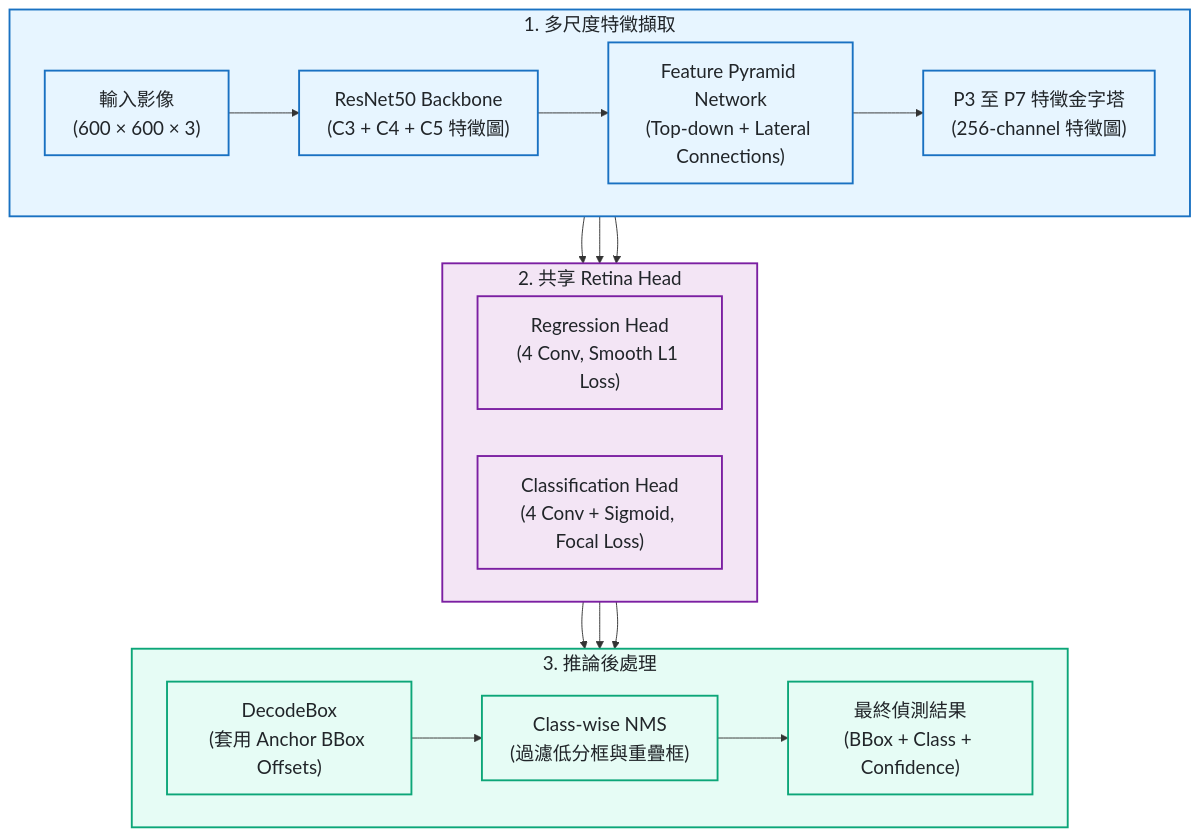
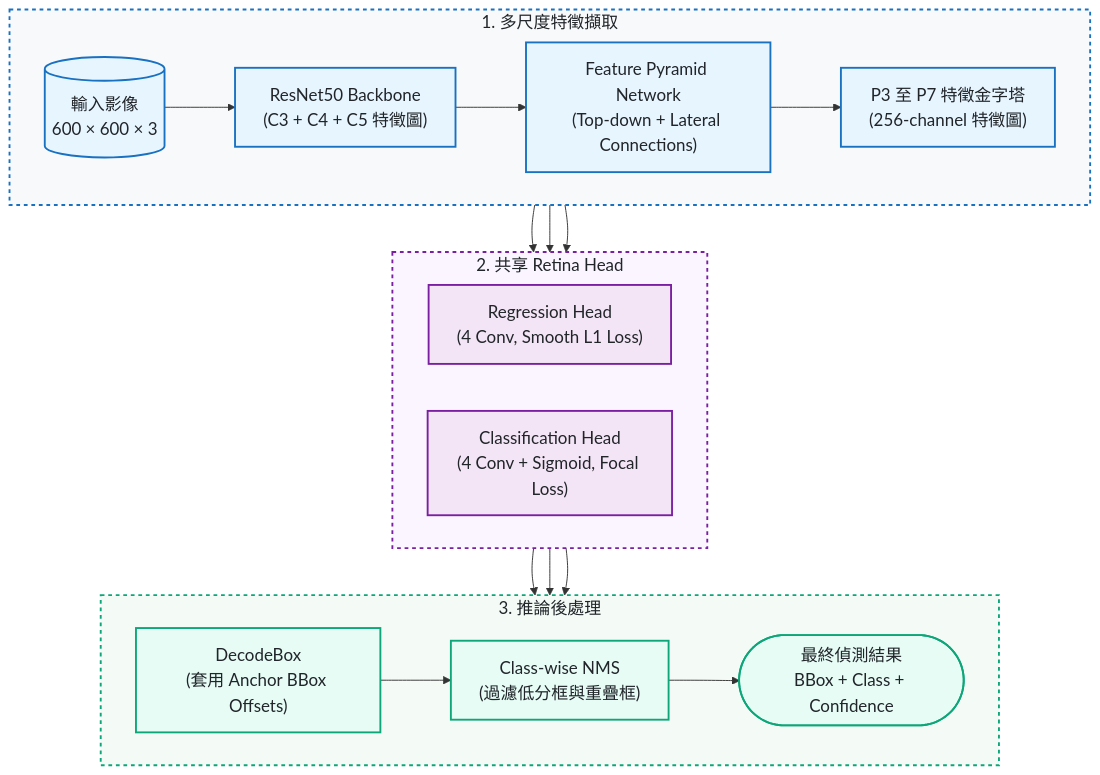
One commit to kuotunyu/retinanet-face-mask-detection changed the second of 2 diagrams in README.md. Above: the diagram before and after it, drawn with Mermaid. The commit also changed other lines of this file, not shown here.

Commit message:
docs: apply high-end visual enhancements to flowcharts (card containers, semantic shapes, Morandi palette)

````diff
--- a/README.md
+++ b/README.md
@@ -62,28 +66,32 @@
 ```mermaid
-%%{init: {'themeVariables': {'fontSize': '20px'}}}%%
+%%{init: {'themeVariables': {'fontSize': '18px'}}}%%
 flowchart TD
     subgraph Features ["1. 多尺度特徵擷取"]
         direction LR
-        Input["輸入影像<br/>(600 × 600 × 3)"] --> Backbone["ResNet50 Backbone<br/>(C3 + C4 + C5 特徵圖)"] --> FPN["Feature Pyramid Network<br/>(Top-down + Lateral Connections)"] --> Pyramid["P3 至 P7 特徵金字塔<br/>(256-channel 特徵圖)"]
+        Input[("輸入影像<br/>600 × 600 × 3")] --> Backbone["ResNet50 Backbone<br/>(C3 + C4 + C5 特徵圖)"] --> FPN["Feature Pyramid Network<br/>(Top-down + Lateral Connections)"] --> Pyramid["P3 至 P7 特徵金字塔<br/>(256-channel 特徵圖)"]
     end
 
     subgraph Heads ["2. 共享 Retina Head"]
         direction LR
         Pyramid --> Regression["Regression Head<br/>(4 Conv, Smooth L1 Loss)"] & Classification["Classification Head<br/>(4 Conv + Sigmoid, Focal Loss)"]
     end
 
     subgraph Postprocess ["3. 推論後處理"]
         direction LR
-        Regression & Classification --> Decode["DecodeBox<br/>(套用 Anchor BBox Offsets)"] --> NMS["Class-wise NMS<br/>(過濾低分框與重疊框)"] --> Output["最終偵測結果<br/>(BBox + Class + Confidence)"]
+        Regression & Classification --> Decode["DecodeBox<br/>(套用 Anchor BBox Offsets)"] --> NMS["Class-wise NMS<br/>(過濾低分框與重疊框)"] --> Output(["最終偵測結果<br/>BBox + Class + Confidence"])
     end
 
     Features --> Heads --> Postprocess
 
     classDef featStyle fill:#e7f5ff,stroke:#1971c2,stroke-width:2px,color:#212529
     classDef headStyle fill:#f3e5f5,stroke:#7b1fa2,stroke-width:2px,color:#212529
     classDef postStyle fill:#e6fcf5,stroke:#0ca678,stroke-width:2px,color:#212529
 
     class Features,Input,Backbone,FPN,Pyramid featStyle
     class Heads,Regression,Classification headStyle
     class Postprocess,Decode,NMS,Output postStyle
+
+    style Features fill:#f8f9fa,stroke:#1971c2,stroke-width:2px,stroke-dasharray: 4 4
+    style Heads fill:#faf5ff,stroke:#7b1fa2,stroke-width:2px,stroke-dasharray: 4 4
+    style Postprocess fill:#f4fbf7,stroke:#0ca678,stroke-width:2px,stroke-dasharray: 4 4
 ```
````
